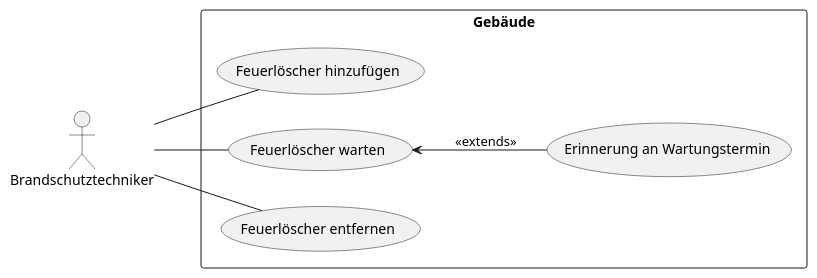
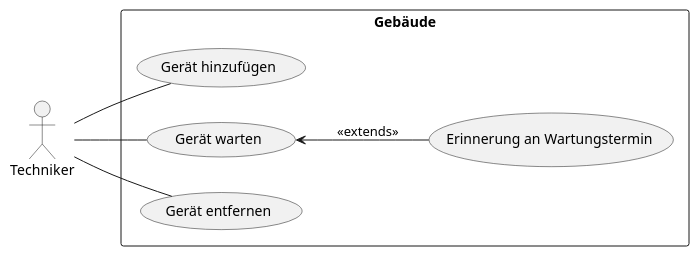
Before and after one commit to 2122-3bhitm-itp/02-project-diagramm-generator: the diagram in asciidocs/plantuml/ucd.puml, drawn with PlantUML. The commit also changed 1 other file, not shown here.

```diff
--- a/asciidocs/plantuml/ucd.puml
+++ b/asciidocs/plantuml/ucd.puml
@@ -1,18 +1,18 @@
 @startuml
 
 left to right direction
-actor "Brandschutztechniker" as bt
+actor "Techniker" as bt
 
 rectangle Gebäude {
-  usecase "Feuerlöscher hinzufügen" as UC1
-  usecase "Feuerlöscher warten" as UC2
-  usecase "Feuerlöscher entfernen" as UC3
+  usecase "Gerät hinzufügen" as UC1
+  usecase "Gerät warten" as UC2
+  usecase "Gerät entfernen" as UC3
   usecase "Erinnerung an Wartungstermin" as UC4
 }
 
 bt -- UC1
 bt -- UC2
 bt -- UC3
 
 UC2 <-- UC4 : <<extends>>
 @enduml
```
